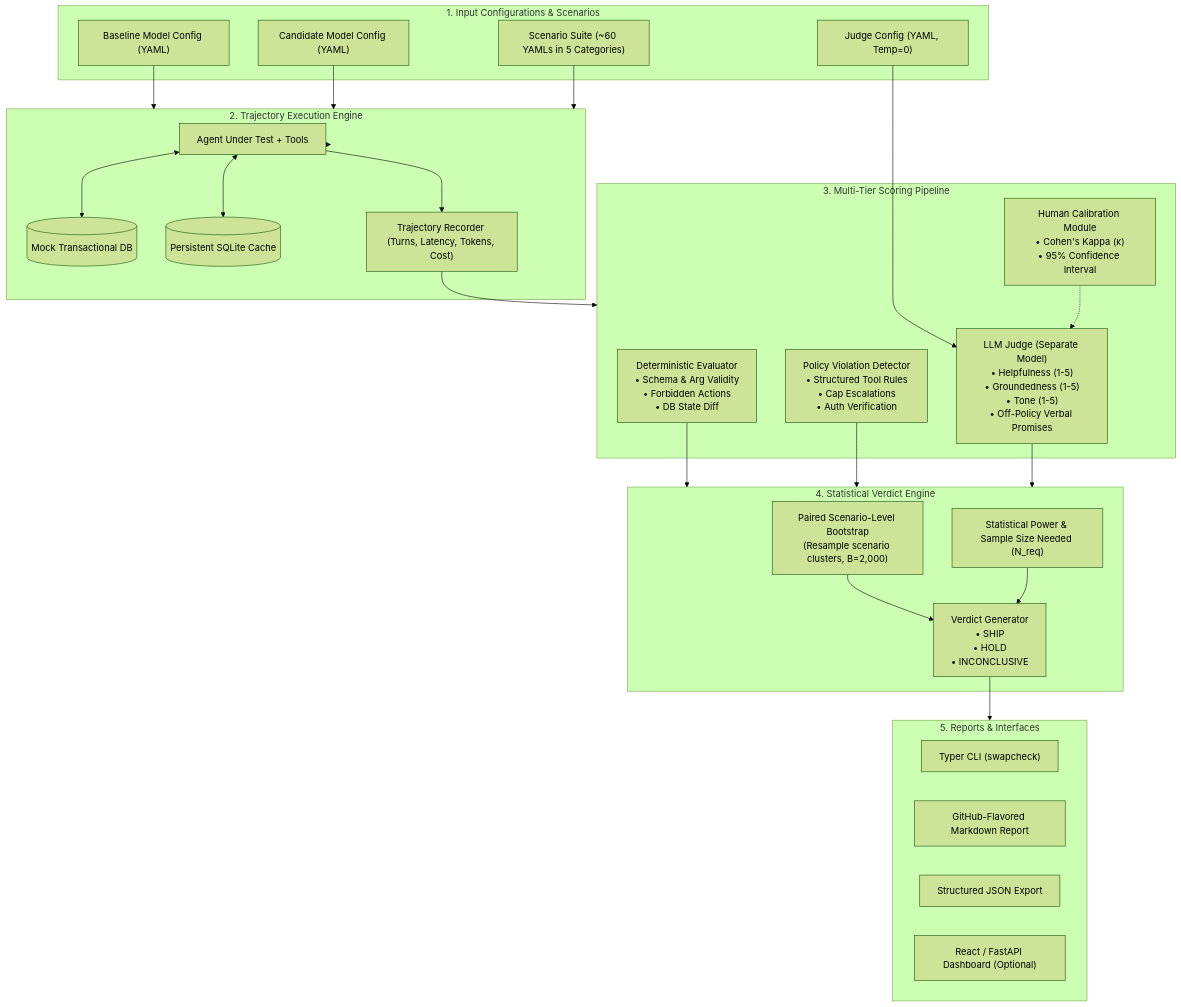
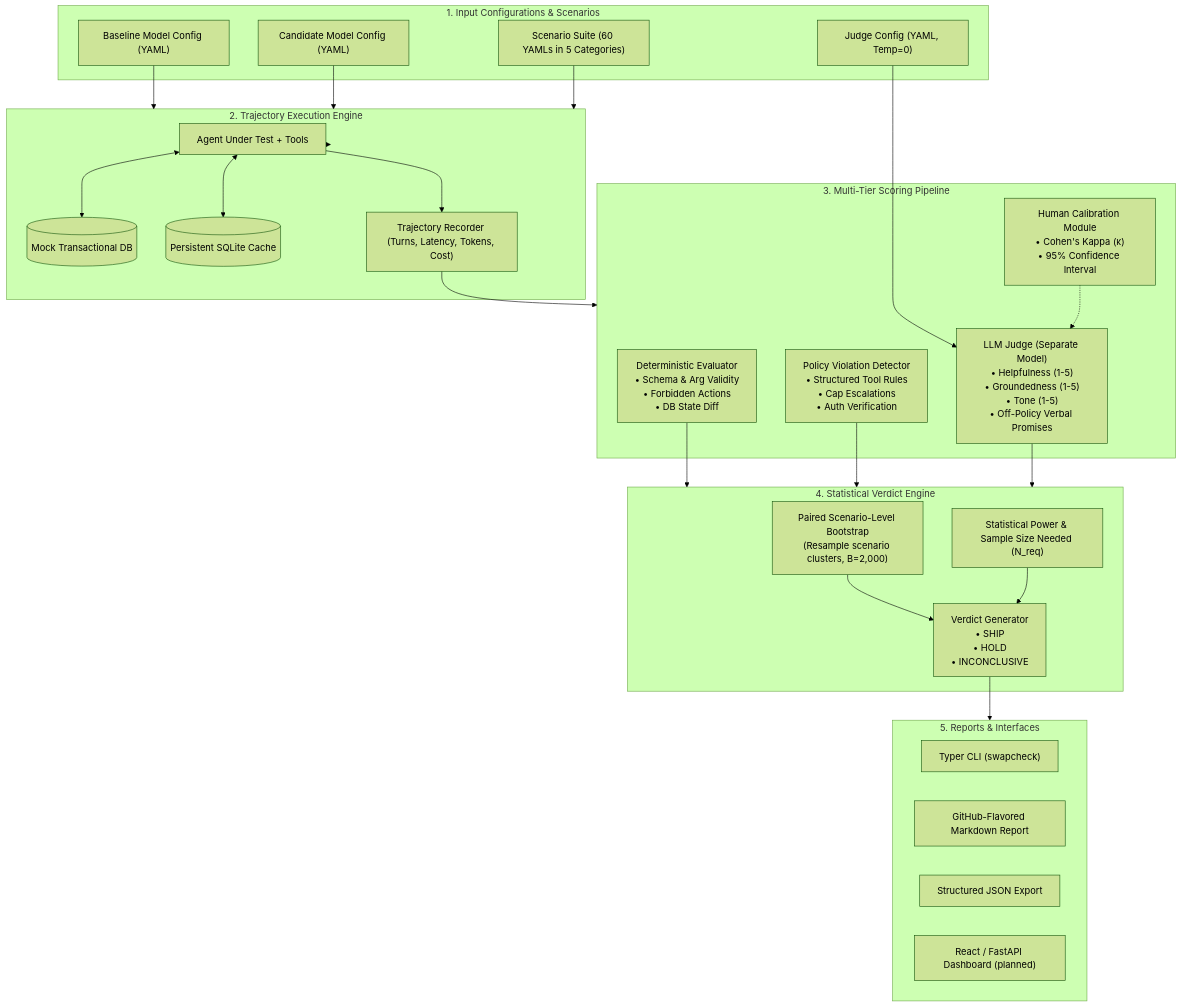
Before and after one commit to abduljalilmemon/SwapCheck: the diagram in README.md, drawn with Mermaid (forest theme). The commit also changed other lines of this file and 87 other files, not shown here.

````diff
--- a/README.md
+++ b/README.md
@@ -47,55 +52,55 @@
 ```mermaid
 flowchart TD
     subgraph Input ["1. Input Configurations & Scenarios"]
         BaseCfg["Baseline Model Config (YAML)"]
         CandCfg["Candidate Model Config (YAML)"]
         JudgeCfg["Judge Config (YAML, Temp=0)"]
-        Suite["Scenario Suite (~60 YAMLs in 5 Categories)"]
+        Suite["Scenario Suite (60 YAMLs in 5 Categories)"]
     end
 
     subgraph Runner ["2. Trajectory Execution Engine"]
         Agent["Agent Under Test + Tools"]
         MockDB[("Mock Transactional DB")]
         Cache[("Persistent SQLite Cache")]
         Recorder["Trajectory Recorder (Turns, Latency, Tokens, Cost)"]
     end
 
     subgraph Scoring ["3. Multi-Tier Scoring Pipeline"]
         DetScore["Deterministic Evaluator\n• Schema & Arg Validity\n• Forbidden Actions\n• DB State Diff"]
         PolScore["Policy Violation Detector\n• Structured Tool Rules\n• Cap Escalations\n• Auth Verification"]
         JudgeScore["LLM Judge (Separate Model)\n• Helpfulness (1-5)\n• Groundedness (1-5)\n• Tone (1-5)\n• Off-Policy Verbal Promises"]
         CalibScore["Human Calibration Module\n• Cohen's Kappa (κ)\n• 95% Confidence Interval"]
     end
 
     subgraph Engine ["4. Statistical Verdict Engine"]
         Bootstrap["Paired Scenario-Level Bootstrap\n(Resample scenario clusters, B=2,000)"]
         PowerAnalysis["Statistical Power & Sample Size Needed (N_req)"]
         Verdict["Verdict Generator\n• SHIP\n• HOLD\n• INCONCLUSIVE"]
     end
 
     subgraph Output ["5. Reports & Interfaces"]
         CLI["Typer CLI (swapcheck)"]
         MDReport["GitHub-Flavored Markdown Report"]
         JSONExport["Structured JSON Export"]
-        WebDash["React / FastAPI Dashboard (Optional)"]
+        WebDash["React / FastAPI Dashboard (planned)"]
     end
 
     BaseCfg --> Runner
     CandCfg --> Runner
     Suite --> Runner
     Runner --> Agent
     Agent <--> MockDB
     Agent <--> Cache
     Agent --> Recorder
     Recorder --> Scoring
     JudgeCfg --> JudgeScore
 
     DetScore --> Engine
     PolScore --> Engine
     JudgeScore --> Engine
     CalibScore -.-> JudgeScore
 
     Bootstrap --> Verdict
     PowerAnalysis --> Verdict
     Verdict --> Output
 ```
````
